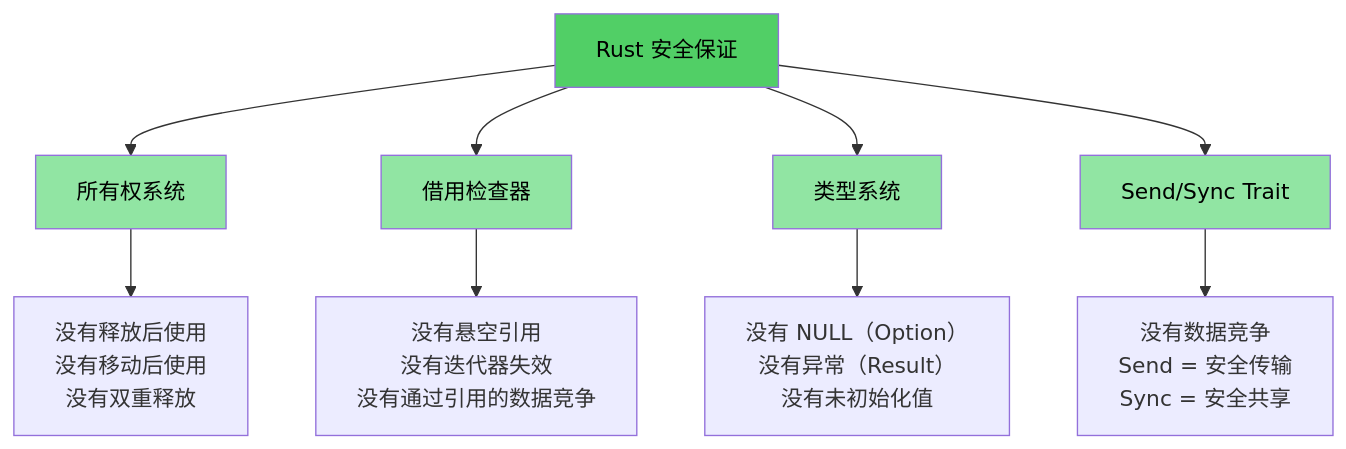
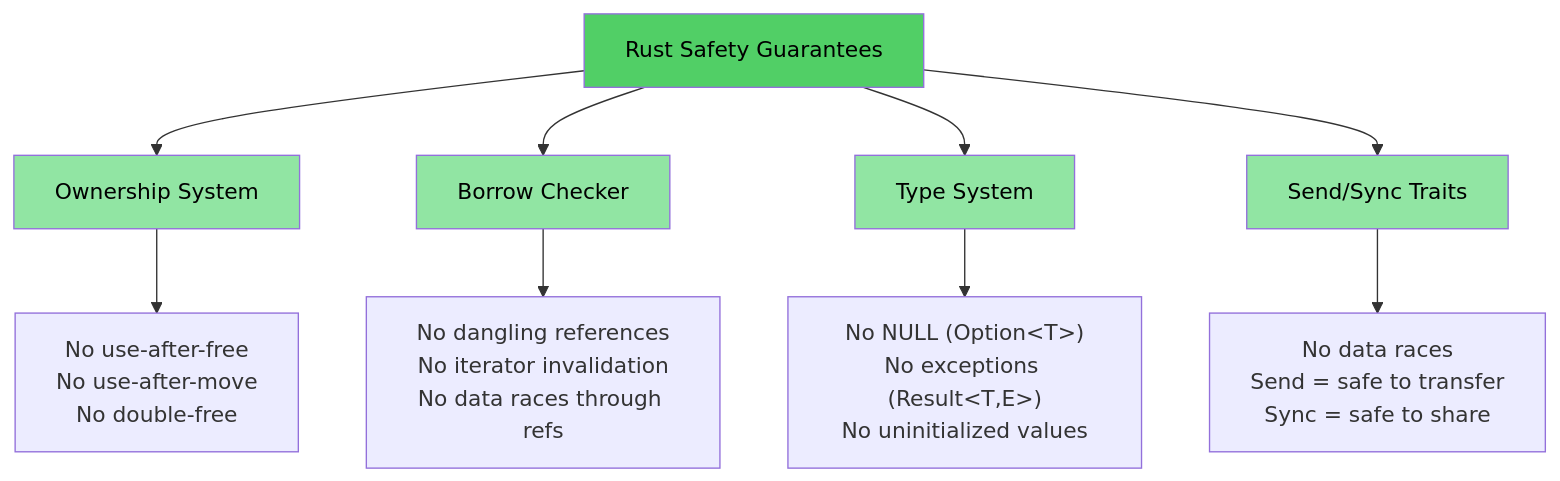
Before and after one commit to hex623/rust-training-zh: the third of 3 diagrams in src/ch01-1-why-c-cpp-developers-need-rust.md, drawn with Mermaid. The commit also changed other lines of this file and 21 other files, not shown here.

````diff
--- a/src/ch01-1-why-c-cpp-developers-need-rust.md
+++ b/src/ch01-1-why-c-cpp-developers-need-rust.md
@@ -334,18 +334,18 @@
 ```mermaid
 graph TD
-    RUST["Rust 安全保证"] --> OWN["所有权系统"]
-    RUST --> BORROW["借用检查器"]
-    RUST --> TYPES["类型系统"]
-    RUST --> TRAITS["Send/Sync Trait"]
+    RUST["Rust Safety Guarantees"] --> OWN["Ownership System"]
+    RUST --> BORROW["Borrow Checker"]
+    RUST --> TYPES["Type System"]
+    RUST --> TRAITS["Send/Sync Traits"]
 
-    OWN --> OWN1["没有释放后使用<br/>没有移动后使用<br/>没有双重释放"]
-    BORROW --> BORROW1["没有悬空引用<br/>没有迭代器失效<br/>没有通过引用的数据竞争"]
-    TYPES --> TYPES1["没有 NULL（Option<T>）<br/>没有异常（Result<T,E>）<br/>没有未初始化值"]
-    TRAITS --> TRAITS1["没有数据竞争<br/>Send = 安全传输<br/>Sync = 安全共享"]
+    OWN --> OWN1["No use-after-free<br/>No use-after-move<br/>No double-free"]
+    BORROW --> BORROW1["No dangling references<br/>No iterator invalidation<br/>No data races through refs"]
+    TYPES --> TYPES1["No NULL (Option&lt;T&gt;)<br/>No exceptions (Result&lt;T,E&gt;)<br/>No uninitialized values"]
+    TRAITS --> TRAITS1["No data races<br/>Send = safe to transfer<br/>Sync = safe to share"]
 
     style RUST fill:#51cf66,color:#000
     style OWN fill:#91e5a3,color:#000
     style BORROW fill:#91e5a3,color:#000
     style TYPES fill:#91e5a3,color:#000
     style TRAITS fill:#91e5a3,color:#000
 ```
````
